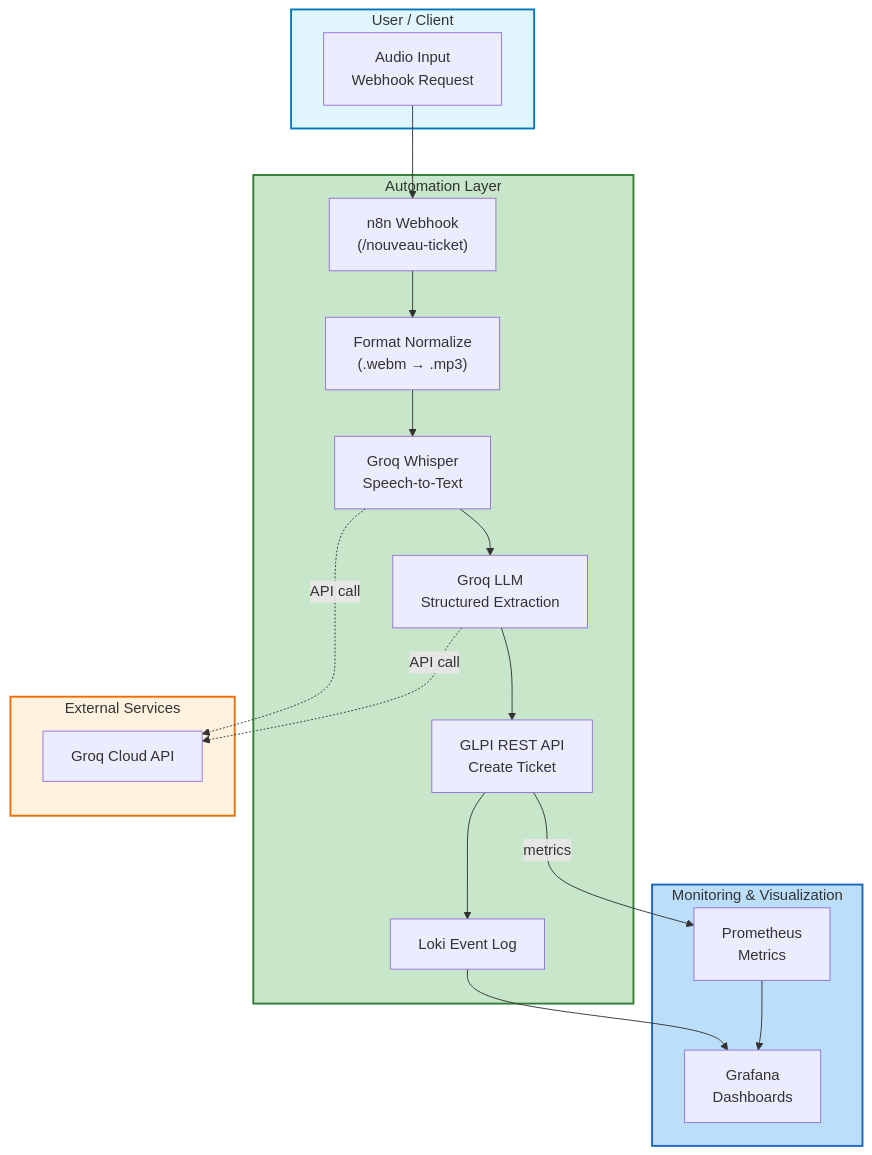
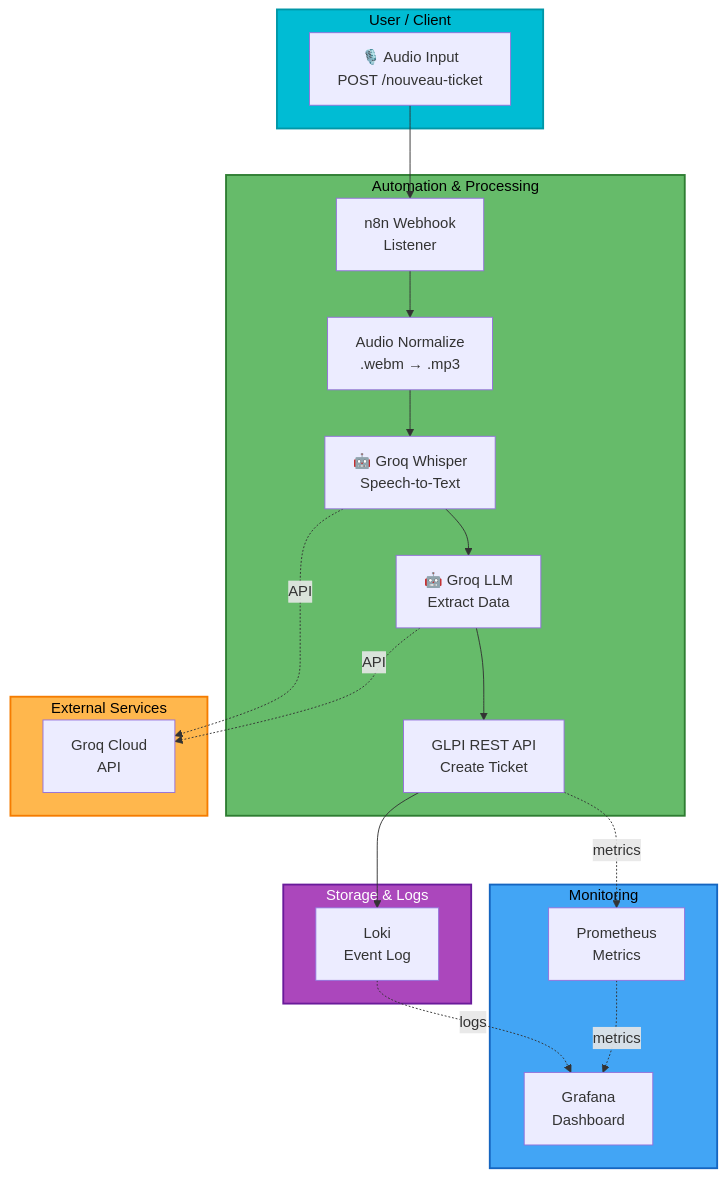
Before and after one commit to Mohamed-bakkali/Click-and-Speak: the diagram in README.md, drawn with Mermaid. The commit also changed 1 other file, not shown here.

Commit message:
Improve diagram colors for dark mode and restructure architecture visuals

````diff
--- a/README.md
+++ b/README.md
@@ -25,37 +25,41 @@
 ```mermaid
 flowchart TB
     subgraph user["User / Client"]
-        audio["Audio Input<br/>Webhook Request"]
+        audio["🎙️ Audio Input<br/>POST /nouveau-ticket"]
     end
 
-    subgraph automation["Automation Layer"]
-        webhook["n8n Webhook<br/>(/nouveau-ticket)"]
-        convert["Format Normalize<br/>(.webm → .mp3)"]
-        whisper["Groq Whisper<br/>Speech-to-Text"]
-        extract["Groq LLM<br/>Structured Extraction"]
+    subgraph automation["Automation & Processing"]
+        webhook["n8n Webhook<br/>Listener"]
+        convert["Audio Normalize<br/>.webm → .mp3"]
+        whisper["🤖 Groq Whisper<br/>Speech-to-Text"]
+        extract["🤖 Groq LLM<br/>Extract Data"]
         glpi["GLPI REST API<br/>Create Ticket"]
-        log["Loki Event Log"]
     end
 
     subgraph external["External Services"]
-        groq["Groq Cloud API"]
+        groq["Groq Cloud<br/>API"]
     end
 
-    subgraph monitoring["Monitoring & Visualization"]
+    subgraph storage["Storage & Logs"]
+        log["Loki<br/>Event Log"]
+    end
+
+    subgraph monitoring["Monitoring"]
         prometheus["Prometheus<br/>Metrics"]
-        grafana["Grafana<br/>Dashboards"]
+        grafana["Grafana<br/>Dashboard"]
     end
 
     audio --> webhook --> convert --> whisper --> extract --> glpi
+    whisper -.->|API| groq
+    extract -.->|API| groq
     glpi --> log
-    whisper -.->|API call| groq
-    extract -.->|API call| groq
-    glpi -->|metrics| prometheus
-    log --> grafana
-    prometheus --> grafana
+    glpi -.->|metrics| prometheus
+    log -.->|logs| grafana
+    prometheus -.->|metrics| grafana
 
-    style automation fill:#c8e6c9,stroke:#2e7d32,stroke-width:2px
-    style external fill:#fff3e0,stroke:#ef6c00,stroke-width:2px
-    style monitoring fill:#bbdefb,stroke:#1565c0,stroke-width:2px
-    style user fill:#e1f5fe,stroke:#0277bd,stroke-width:2px
+    style user fill:#00BCD4,color:#000,stroke:#0097A7,stroke-width:2px
+    style automation fill:#66BB6A,color:#000,stroke:#2E7D32,stroke-width:2px
+    style external fill:#FFB74D,color:#000,stroke:#F57C00,stroke-width:2px
+    style storage fill:#AB47BC,color:#fff,stroke:#6A1B9A,stroke-width:2px
+    style monitoring fill:#42A5F5,color:#000,stroke:#1565C0,stroke-width:2px
 ```
````
